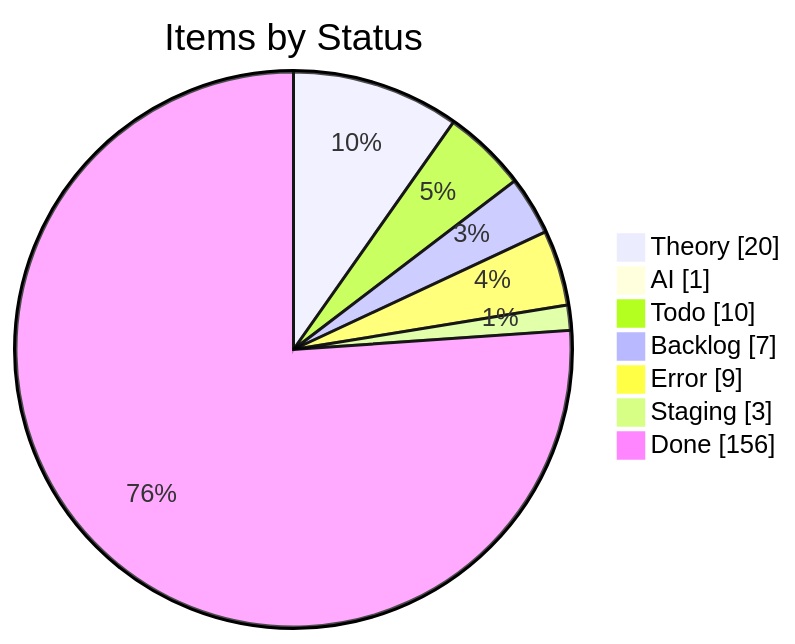
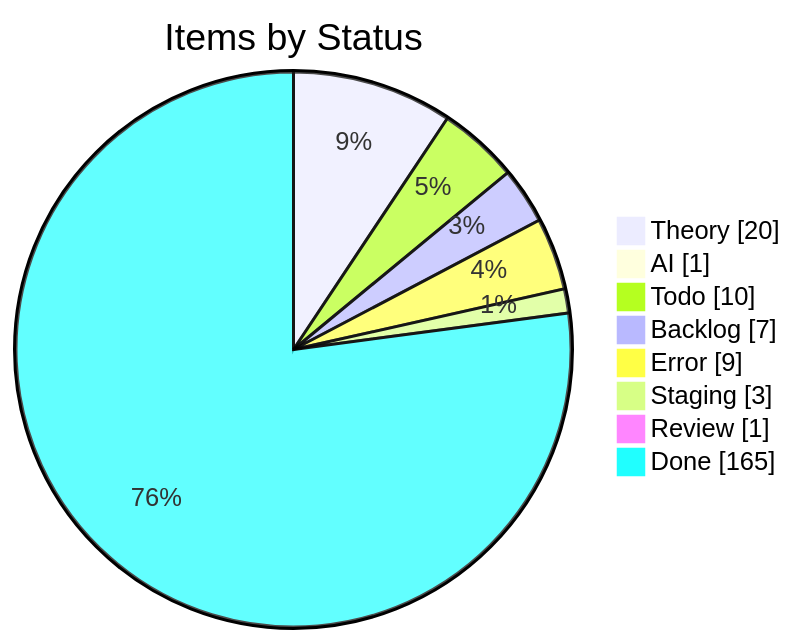
The first of 4 diagrams in apps/kbve/astro-kbve/src/content/docs/dashboard/kanban-data.mdx (KBVE/kbve), drawn with Mermaid before and after one commit. The commit also changed other lines of this file and 8 other files, not shown here.

````diff
--- a/apps/kbve/astro-kbve/src/content/docs/dashboard/kanban-data.mdx
+++ b/apps/kbve/astro-kbve/src/content/docs/dashboard/kanban-data.mdx
@@ -55,11 +55,12 @@
 ```mermaid
 pie showData
     title Items by Status
     "Theory" : 20
     "AI" : 1
     "Todo" : 10
     "Backlog" : 7
     "Error" : 9
     "Staging" : 3
-    "Done" : 156
+    "Review" : 1
+    "Done" : 165
 ```
````
